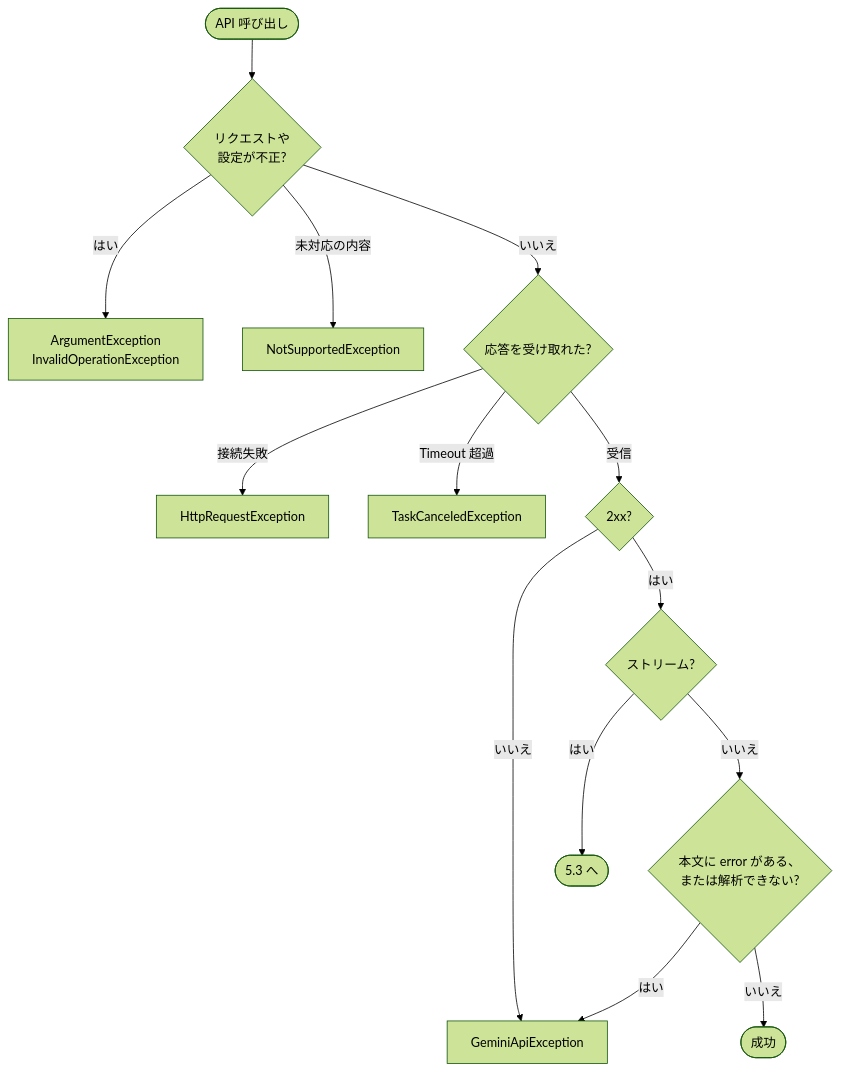
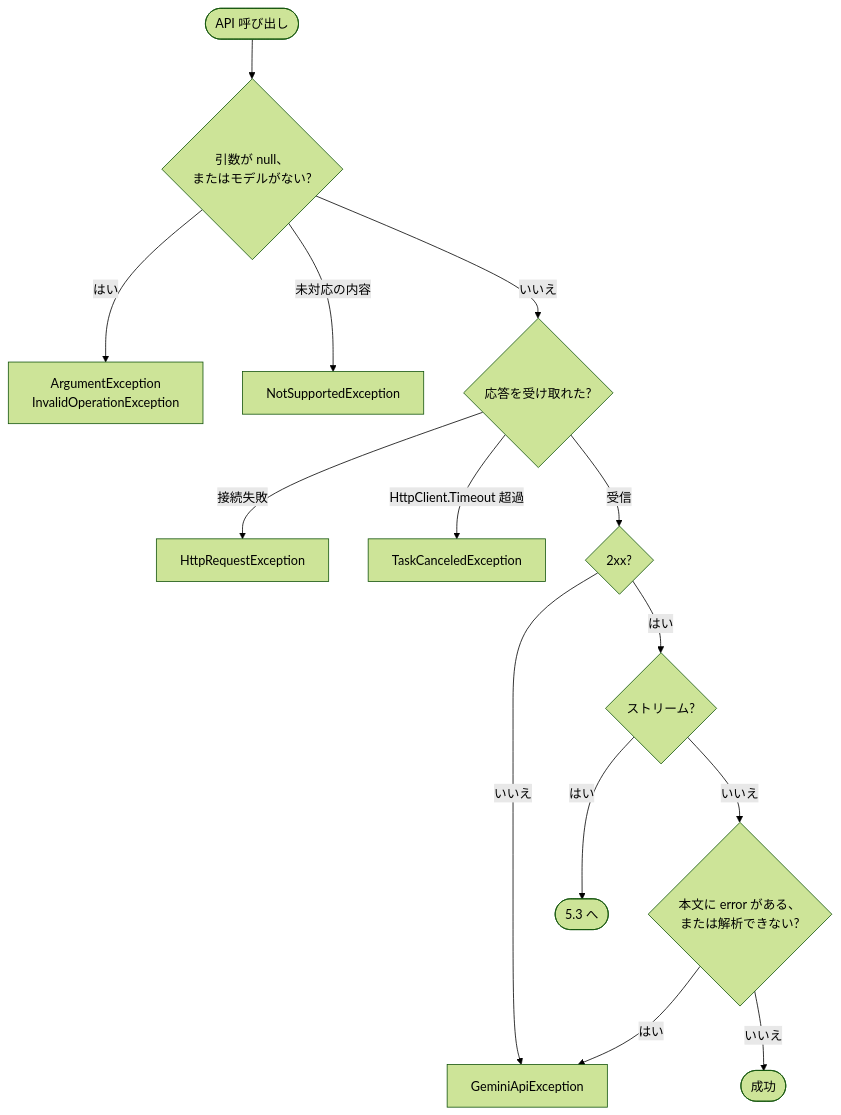
Diagram 14 of 15 in docs/ARCHITECTURE.md (Osg-Junue/GeminiGatewayClient), drawn with Mermaid (forest theme) before and after one commit. The commit also changed other lines of this file and 73 other files, not shown here.

````diff
--- a/docs/ARCHITECTURE.md
+++ b/docs/ARCHITECTURE.md
@@ -614,16 +601,16 @@
 ```mermaid
 flowchart TD
-    Call(["API 呼び出し"]) --> Arg{"リクエストや<br/>設定が不正?"}
+    Call(["API 呼び出し"]) --> Arg{"引数が null、<br/>またはモデルがない?"}
     Arg -- はい --> E1["ArgumentException<br/>InvalidOperationException"]
     Arg -- 未対応の内容 --> E6["NotSupportedException"]
     Arg -- いいえ --> Net{"応答を受け取れた?"}
     Net -- 接続失敗 --> E2["HttpRequestException"]
-    Net -- Timeout 超過 --> E3["TaskCanceledException"]
+    Net -- HttpClient.Timeout 超過 --> E3["TaskCanceledException"]
     Net -- 受信 --> Status{"2xx?"}
     Status -- いいえ --> E4["GeminiApiException"]
     Status -- はい --> Mode{"ストリーム?"}
     Mode -- はい --> Stream(["5.3 へ"])
     Mode -- いいえ --> Body{"本文に error がある、<br/>または解析できない?"}
     Body -- はい --> E4
     Body -- いいえ --> Ok(["成功"])
 ```
````
